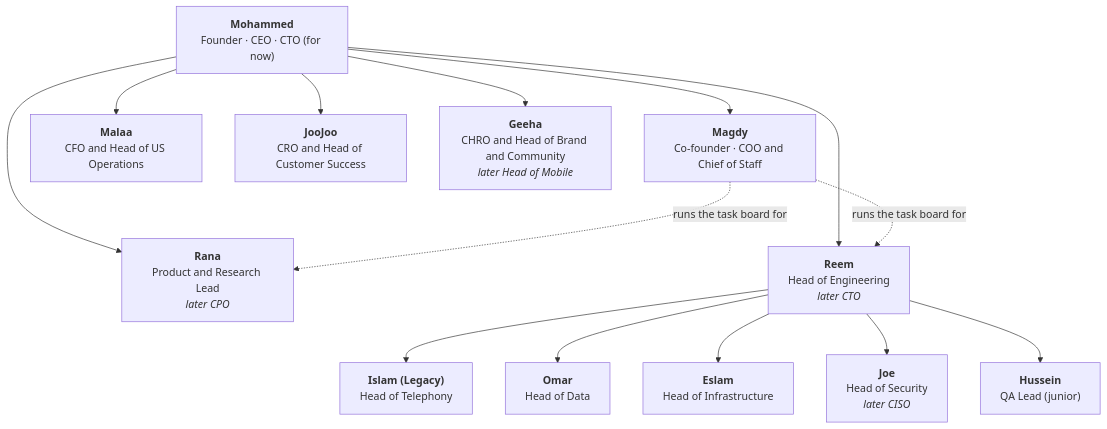
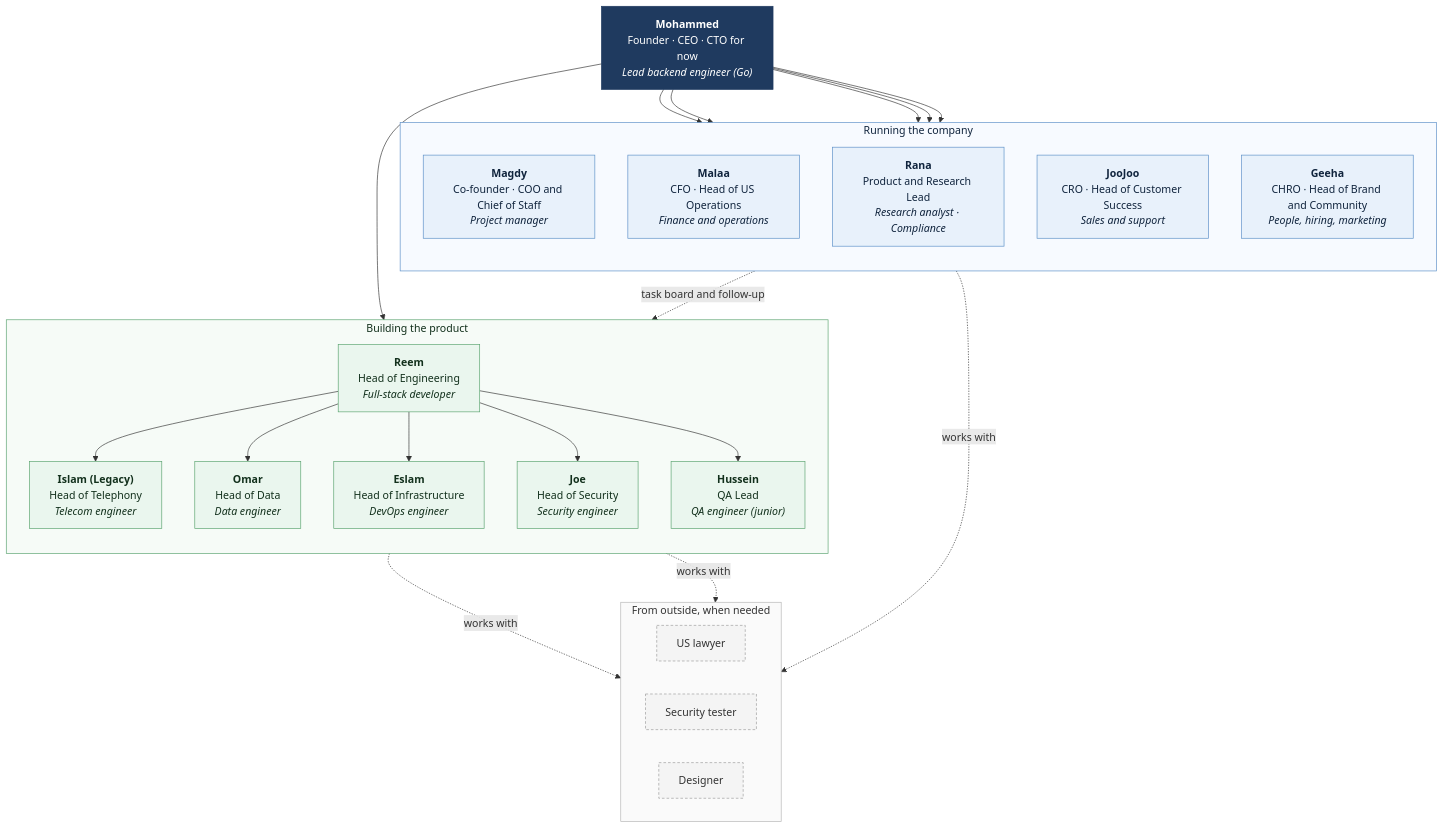
Before and after one commit to Mohammed-HeshamMohammed/Turf: the first of 4 diagrams in docs/team/README.md, drawn with Mermaid. The commit also changed other lines of this file, not shown here.

First line of the commit message:
Team: four diagrams of the hierarchy

````diff
--- a/docs/team/README.md
+++ b/docs/team/README.md
@@ -10,20 +12,51 @@
 ```mermaid
-flowchart TD
-    CEO["<b>Mohammed</b><br/>Founder · CEO · CTO (for now)"]
+flowchart TB
+    CEO["<b>Mohammed</b><br/>Founder · CEO · CTO for now<br/><i>Lead backend engineer (Go)</i>"]
 
-    CEO --> COO["<b>Magdy</b><br/>Co-founder · COO and Chief of Staff"]
-    CEO --> CFO["<b>Malaa</b><br/>CFO and Head of US Operations"]
-    CEO --> CPO["<b>Rana</b><br/>Product and Research Lead<br/><i>later CPO</i>"]
-    CEO --> CRO["<b>JooJoo</b><br/>CRO and Head of Customer Success"]
-    CEO --> CHRO["<b>Geeha</b><br/>CHRO and Head of Brand and Community<br/><i>later Head of Mobile</i>"]
-    CEO --> ENG["<b>Reem</b><br/>Head of Engineering<br/><i>later CTO</i>"]
+    subgraph COMPANY["Running the company"]
+        direction TB
+        COO["<b>Magdy</b><br/>Co-founder · COO and Chief of Staff<br/><i>Project manager</i>"]
+        CFO["<b>Malaa</b><br/>CFO · Head of US Operations<br/><i>Finance and operations</i>"]
+        CPO["<b>Rana</b><br/>Product and Research Lead<br/><i>Research analyst · Compliance</i>"]
+        CRO["<b>JooJoo</b><br/>CRO · Head of Customer Success<br/><i>Sales and support</i>"]
+        CHRO["<b>Geeha</b><br/>CHRO · Head of Brand and Community<br/><i>People, hiring, marketing</i>"]
+    end
 
-    ENG --> TEL["<b>Islam (Legacy)</b><br/>Head of Telephony"]
-    ENG --> DATA["<b>Omar</b><br/>Head of Data"]
-    ENG --> OPS["<b>Eslam</b><br/>Head of Infrastructure"]
-    ENG --> SEC["<b>Joe</b><br/>Head of Security<br/><i>later CISO</i>"]
-    ENG --> QA["<b>Hussein</b><br/>QA Lead (junior)"]
+    subgraph BUILD["Building the product"]
+        direction TB
+        ENG["<b>Reem</b><br/>Head of Engineering<br/><i>Full-stack developer</i>"]
+        TEL["<b>Islam (Legacy)</b><br/>Head of Telephony<br/><i>Telecom engineer</i>"]
+        DATA["<b>Omar</b><br/>Head of Data<br/><i>Data engineer</i>"]
+        OPS["<b>Eslam</b><br/>Head of Infrastructure<br/><i>DevOps engineer</i>"]
+        SEC["<b>Joe</b><br/>Head of Security<br/><i>Security engineer</i>"]
+        QA["<b>Hussein</b><br/>QA Lead<br/><i>QA engineer (junior)</i>"]
+    end
 
-    COO -. "runs the task board for" .-> ENG
-    COO -. "runs the task board for" .-> CPO
+    subgraph OUTSIDE["From outside, when needed"]
+        direction LR
+        LAW["US lawyer"]
+        PEN["Security tester"]
+        DES["Designer"]
+    end
+
+    CEO --> COO & CFO & CPO & CRO & CHRO
+    CEO --> ENG
+    ENG --> TEL & DATA & OPS & SEC & QA
+
+    COO -. "task board and follow-up" .-> BUILD
+    CPO -. "works with" .-> LAW
+    SEC -. "works with" .-> PEN
+    ENG -. "works with" .-> DES
+
+    classDef top fill:#1f3a5f,stroke:#1f3a5f,color:#ffffff
+    classDef company fill:#e8f1fb,stroke:#5b8fc7,color:#10243d
+    classDef build fill:#eaf6ee,stroke:#5aa36f,color:#12301c
+    classDef outside fill:#f4f4f4,stroke:#9a9a9a,color:#333333,stroke-dasharray:4 3
+    class CEO top
+    class COO,CFO,CPO,CRO,CHRO company
+    class ENG,TEL,DATA,OPS,SEC,QA build
+    class LAW,PEN,DES outside
+    style COMPANY fill:#f7faff,stroke:#5b8fc7,color:#10243d
+    style BUILD fill:#f6fbf7,stroke:#5aa36f,color:#12301c
+    style OUTSIDE fill:#fafafa,stroke:#b5b5b5,color:#333333
 ```
````
